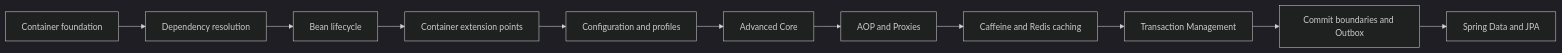
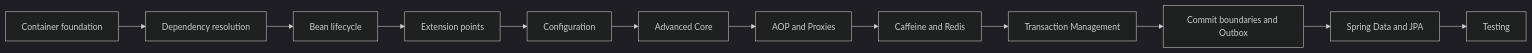
One commit to alimbetov/obsidian changed the second of 3 diagrams in 00_HOME/Java Backend Knowledge System.md. Above: the diagram before and after it, drawn with Mermaid (dark theme). The commit also changed other lines of this file, not shown here.

Commit message:
Publish Spring Data JPA route on home page

````diff
--- a/00_HOME/Java Backend Knowledge System.md
+++ b/00_HOME/Java Backend Knowledge System.md
@@ -176,13 +199,14 @@
 ```mermaid
 flowchart LR
     B1[Container foundation] --> B2[Dependency resolution]
     B2 --> B3[Bean lifecycle]
-    B3 --> B4[Container extension points]
-    B4 --> B5[Configuration and profiles]
+    B3 --> B4[Extension points]
+    B4 --> B5[Configuration]
     B5 --> B6[Advanced Core]
     B6 --> AOP[AOP and Proxies]
-    AOP --> CACHE[Caffeine and Redis caching]
+    AOP --> CACHE[Caffeine and Redis]
     CACHE --> TX[Transaction Management]
     TX --> OUTBOX[Commit boundaries and Outbox]
     OUTBOX --> JPA[Spring Data and JPA]
+    JPA --> TEST[Testing]
 ```
````
